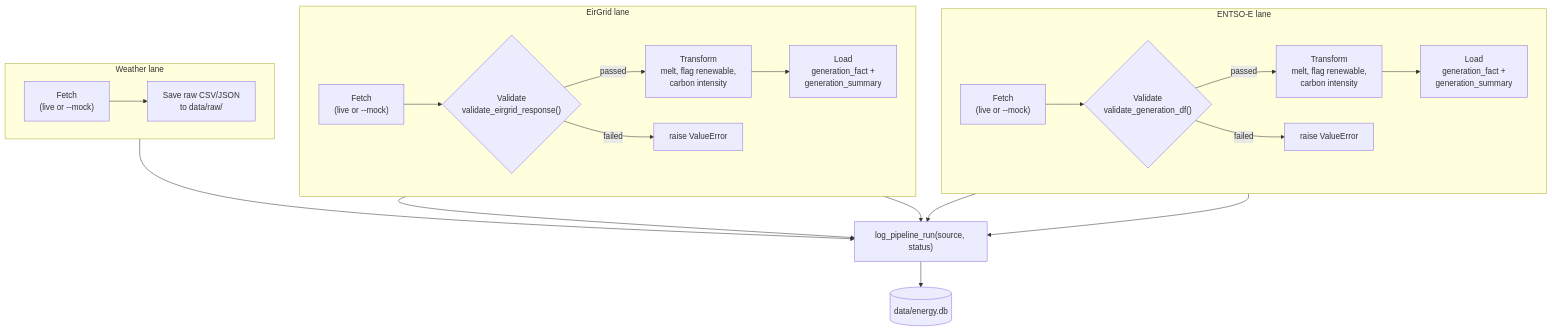
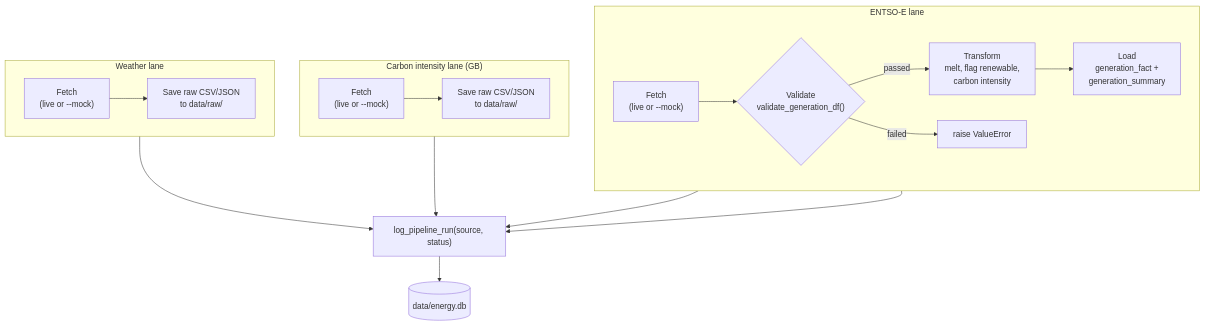
The third of 7 diagrams in docs/DIAGRAMS.md (squirke1/energy-data-pipeline), drawn with Mermaid before and after one commit. The commit also changed other lines of this file and 11 other files, not shown here.

First line of the commit message:
feat: replace EirGrid with the UK Carbon Intensity API

````diff
--- a/docs/DIAGRAMS.md
+++ b/docs/DIAGRAMS.md
@@ -84,30 +83,26 @@
 ```mermaid
 flowchart TB
     subgraph L1["ENTSO-E lane"]
         direction LR
         A1["Fetch<br/>(live or --mock)"] --> A2{"Validate<br/>validate_generation_df()"}
         A2 -- passed --> A3["Transform<br/>melt, flag renewable,<br/>carbon intensity"]
         A3 --> A4["Load<br/>generation_fact +<br/>generation_summary"]
         A2 -- failed --> A5["raise ValueError"]
     end
 
-    subgraph L2["EirGrid lane"]
+    subgraph L2["Carbon intensity lane (GB)"]
         direction LR
-        B1["Fetch<br/>(live or --mock)"] --> B2{"Validate<br/>validate_eirgrid_response()"}
-        B2 -- passed --> B3["Transform<br/>melt, flag renewable,<br/>carbon intensity"]
-        B3 --> B4["Load<br/>generation_fact +<br/>generation_summary"]
-        B2 -- failed --> B5["raise ValueError"]
+        B1["Fetch<br/>(live or --mock)"] --> B2["Save raw CSV/JSON<br/>to data/raw/"]
     end
 
     subgraph L3["Weather lane"]
         direction LR
         C1["Fetch<br/>(live or --mock)"] --> C2["Save raw CSV/JSON<br/>to data/raw/"]
     end
 
     A4 --> LOG["log_pipeline_run(source, status)"]
     A5 --> LOG
-    B4 --> LOG
-    B5 --> LOG
+    B2 --> LOG
     C2 --> LOG
     LOG --> DB[("data/energy.db")]
 ```
````
